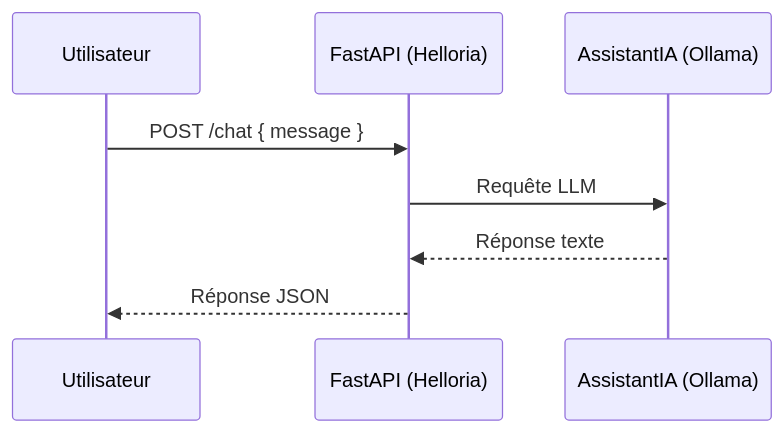
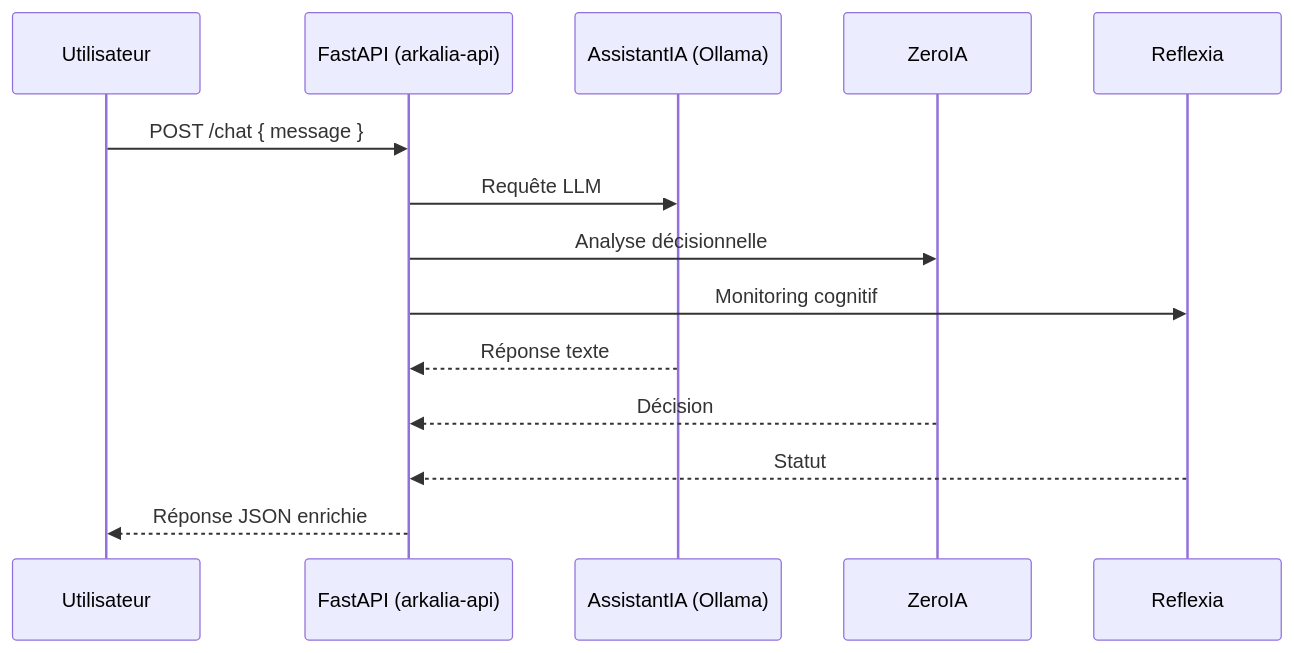
One commit to athalia-siwek/arkalia-luna-pro changed the diagram in docs/fonctionnement/utilisation.md. Above: the diagram before and after it, drawn with Mermaid. The commit also changed other lines of this file and 99 other files, not shown here.

````diff
--- a/docs/fonctionnement/utilisation.md
+++ b/docs/fonctionnement/utilisation.md
@@ -81,11 +109,17 @@
 ```mermaid
 sequenceDiagram
   participant U as Utilisateur
-  participant API as FastAPI (Helloria)
+  participant API as FastAPI (arkalia-api)
   participant IA as AssistantIA (Ollama)
+  participant Z as ZeroIA
+  participant R as Reflexia
 
   U->>API: POST /chat { message }
   API->>IA: Requête LLM
+  API->>Z: Analyse décisionnelle
+  API->>R: Monitoring cognitif
   IA-->>API: Réponse texte
-  API-->>U: Réponse JSON
+  Z-->>API: Décision
+  R-->>API: Statut
+  API-->>U: Réponse JSON enrichie
 ```
````
